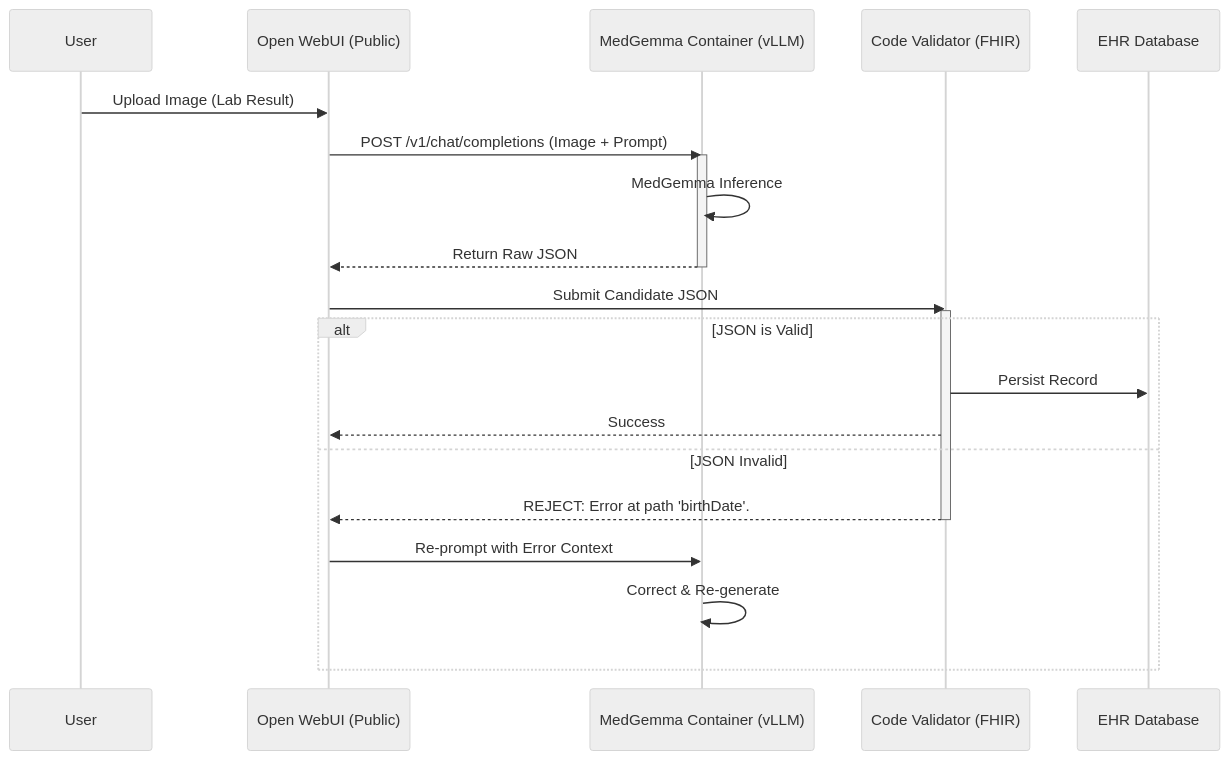
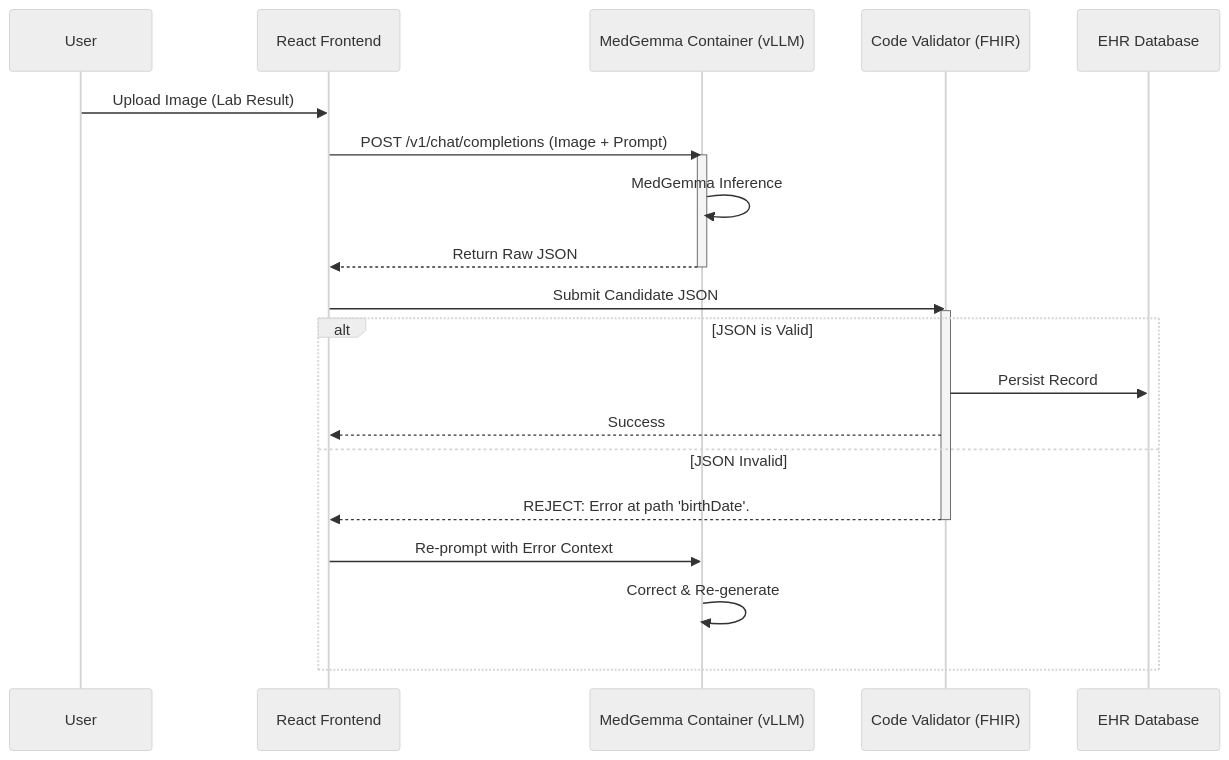
The diagram in README.md (ALIENvsROBOT/challenge_kaggle), drawn with Mermaid (neutral theme) before and after one commit. The commit also changed other lines of this file, not shown here.

````diff
--- a/README.md
+++ b/README.md
@@ -50,27 +57,27 @@
 ```mermaid
 sequenceDiagram
     participant User
-    participant OpenWebUI as Open WebUI (Public)
+    participant ReactUI as React Frontend
     participant vLLM as MedGemma Container (vLLM)
     participant Auditor as Code Validator (FHIR)
     participant DB as EHR Database
 
-    User->>OpenWebUI: Upload Image (Lab Result)
-    OpenWebUI->>vLLM: POST /v1/chat/completions (Image + Prompt)
+    User->>ReactUI: Upload Image (Lab Result)
+    ReactUI->>vLLM: POST /v1/chat/completions (Image + Prompt)
     activate vLLM
     vLLM->>vLLM: MedGemma Inference
-    vLLM-->>OpenWebUI: Return Raw JSON
+    vLLM-->>ReactUI: Return Raw JSON
     deactivate vLLM
-    
-    OpenWebUI->>Auditor: Submit Candidate JSON
+
+    ReactUI->>Auditor: Submit Candidate JSON
     activate Auditor
     alt JSON is Valid
         Auditor->>DB: Persist Record
-        Auditor-->>OpenWebUI: Success
+        Auditor-->>ReactUI: Success
     else JSON Invalid
-        Auditor-->>OpenWebUI: REJECT: Error at path 'birthDate'.
+        Auditor-->>ReactUI: REJECT: Error at path 'birthDate'.
         deactivate Auditor
-        OpenWebUI->>vLLM: Re-prompt with Error Context
+        ReactUI->>vLLM: Re-prompt with Error Context
         vLLM->>vLLM: Correct & Re-generate
     end
 ```
````
